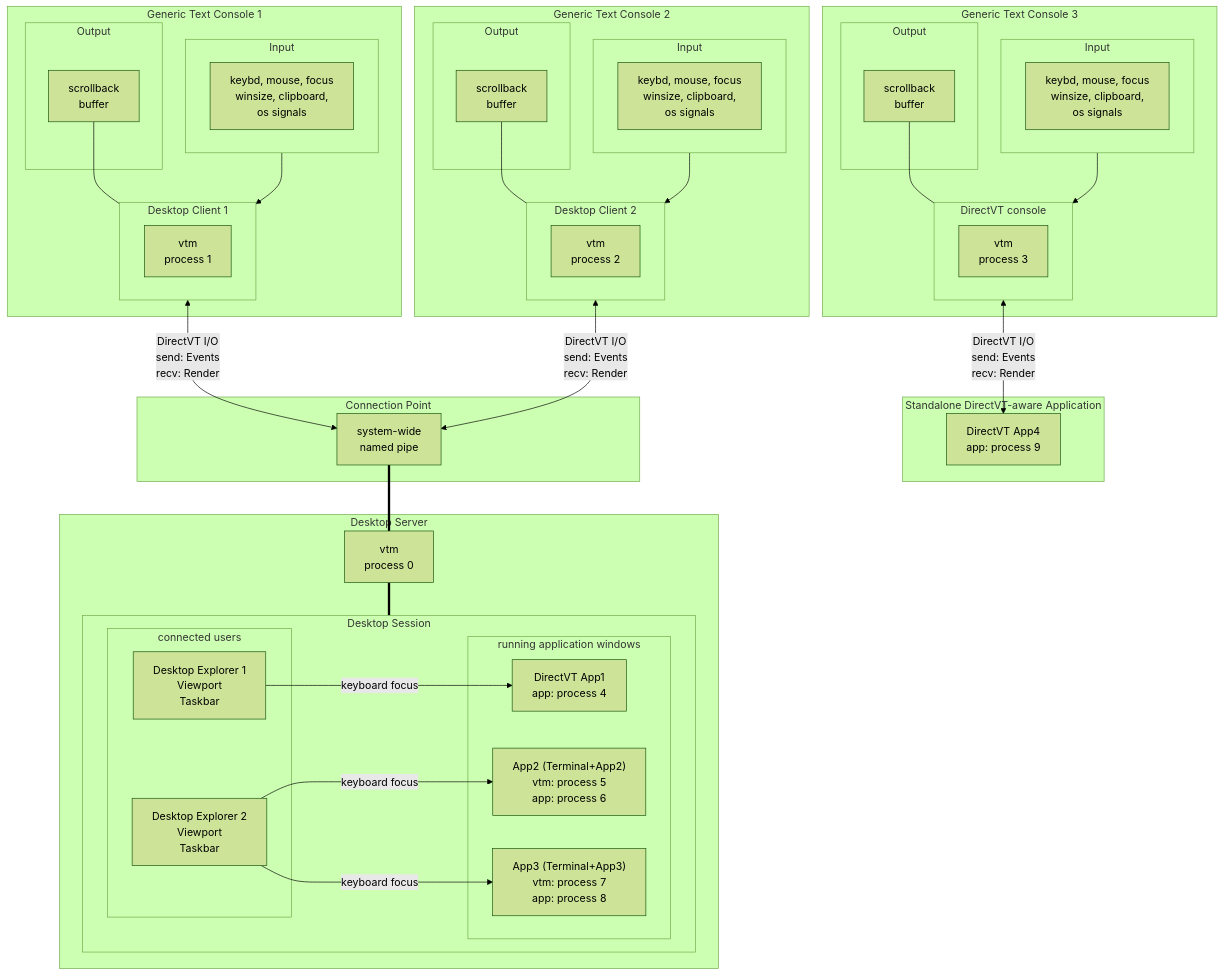
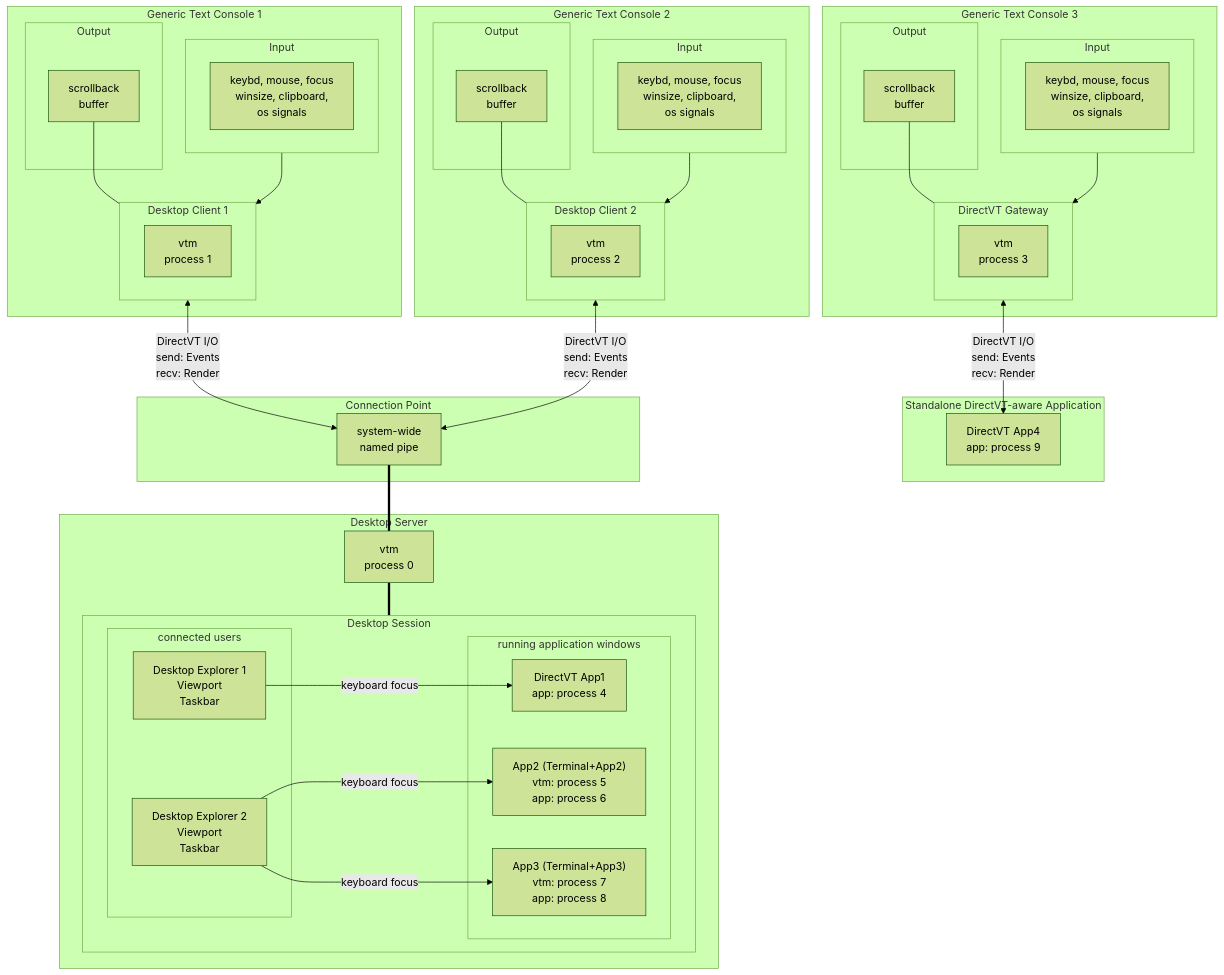
One commit to directvt/vtm changed the diagram in doc/architecture.md. Above: the diagram before and after it, drawn with Mermaid (forest theme). The commit also changed other lines of this file and 6 other files, not shown here.

````diff
--- a/doc/architecture.md
+++ b/doc/architecture.md
@@ -99,78 +99,78 @@
 ```mermaid
 graph TB
     subgraph IE10[Generic Text Console 1]
         subgraph IE1[Input]
             direction LR
             C1[keybd, mouse, focus\nwinsize, clipboard,\nos signals]
         end
         subgraph OU1[Output]
             TC1[scrollback\nbuffer]
         end
         subgraph CS1[Desktop Client 1]
             VTM1[vtm\nprocess 1]
         end
         C1 --> CS1
         TC1 --- CS1
     end
 
     subgraph IE20[Generic Text Console 2]
         subgraph IE2[Input]
             direction LR
             C2[keybd, mouse, focus\nwinsize, clipboard,\nos signals]
         end
         subgraph OU2[Output]
             TC2[scrollback\nbuffer]
         end
         subgraph CS2[Desktop Client 2]
             VTM2[vtm\nprocess 2]
         end
         C2 --> CS2
         TC2 --- CS2
     end
 
     subgraph IE30[Generic Text Console 3]
         subgraph IE3[Input]
             direction LR
             C3[keybd, mouse, focus\nwinsize, clipboard,\nos signals]
         end
         subgraph OU3[Output]
             TC3[scrollback\nbuffer]
         end
-        subgraph CS3[DirectVT console]
+        subgraph CS3[DirectVT Gateway]
             VTM3[vtm\nprocess 3]
         end
         C3 --> CS3
         TC3 --- CS3
     end
     subgraph APP0x[Standalone DirectVT-aware Application]
         APP01[DirectVT App4\napp: process 9]
     end
     CS3 <-->|DirectVT I/O\nsend: Events\nrecv: Render| APP01
 
     subgraph NP[Connection Point]
         TS["system-wide\nnamed pipe"]
     end
 
     subgraph SS[Desktop Server]
         VTMs[vtm\nprocess 0]
         subgraph SE[Desktop Session]
             subgraph APPx[running application windows]
                 APP1[DirectVT App1\napp: process 4]
                 APP2["App2 (Terminal+App2)\nvtm: process 5\napp: process 6"]
                 APP3["App3 (Terminal+App3)\nvtm: process 7\napp: process 8"]
             end
             subgraph APPu[connected users]
                 USR1["Desktop Explorer 1\nViewport\nTaskbar"]
                 USR2["Desktop Explorer 2\nViewport\nTaskbar"]
             end
             USR1 --->|keyboard focus| APP1
             USR2 --->|keyboard focus| APP2
             USR2 --->|keyboard focus| APP3
         end
         VTMs === SE
     end
 
     CS1 <-->|DirectVT I/O\nsend: Events\nrecv: Render| TS
     CS2 <-->|DirectVT I/O\nsend: Events\nrecv: Render| TS
     TS === VTMs
 ```
````
